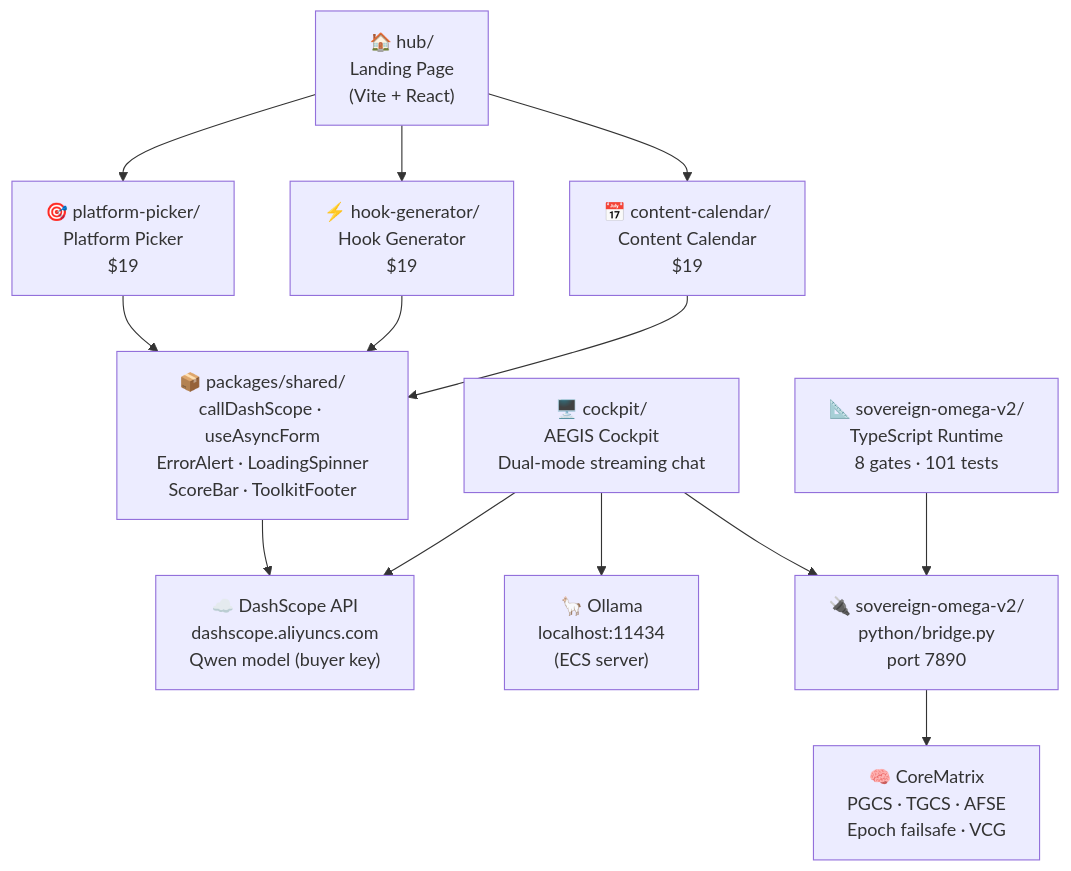
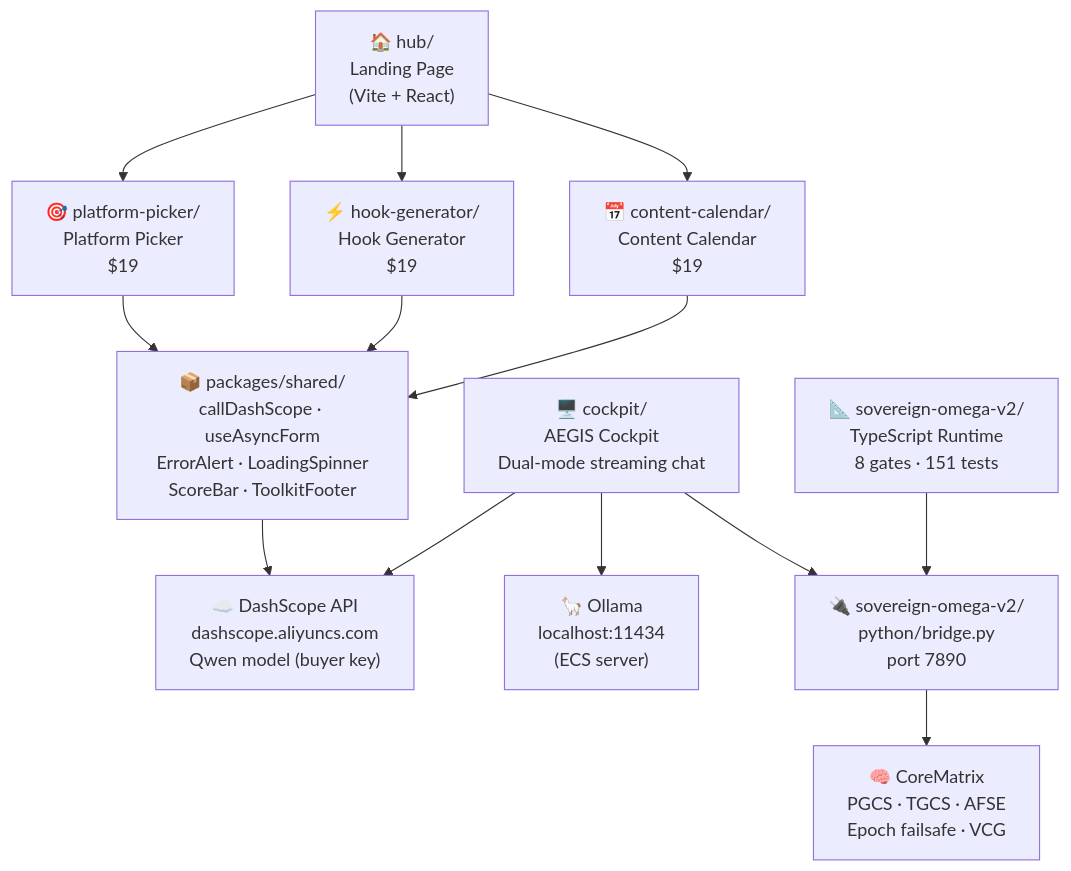
The diagram in docs/architecture.md (tarikskalic33/myapp), drawn with Mermaid before and after one commit. The commit also changed other lines of this file and 3 other files, not shown here.

First line of the commit message:
chore(polish): Round 5 — accessibility labels + architecture doc update

````diff
--- a/docs/architecture.md
+++ b/docs/architecture.md
@@ -5,24 +5,24 @@
 ```mermaid
 graph TD
     HUB["🏠 hub/<br/>Landing Page<br/>(Vite + React)"]
 
     HUB --> PP["🎯 platform-picker/<br/>Platform Picker<br/>$19"]
     HUB --> HG["⚡ hook-generator/<br/>Hook Generator<br/>$19"]
     HUB --> CC["📅 content-calendar/<br/>Content Calendar<br/>$19"]
 
     PP --> SHARED["📦 packages/shared/<br/>callDashScope · useAsyncForm<br/>ErrorAlert · LoadingSpinner<br/>ScoreBar · ToolkitFooter"]
     HG --> SHARED
     CC --> SHARED
 
     SHARED --> DASH["☁️ DashScope API<br/>dashscope.aliyuncs.com<br/>Qwen model (buyer key)"]
 
     COCKPIT["🖥️ cockpit/<br/>AEGIS Cockpit<br/>Dual-mode streaming chat"]
     COCKPIT --> DASH
     COCKPIT --> OLLAMA["🦙 Ollama<br/>localhost:11434<br/>(ECS server)"]
     COCKPIT --> BRIDGE["🔌 sovereign-omega-v2/<br/>python/bridge.py<br/>port 7890"]
 
     BRIDGE --> MATRIX["🧠 CoreMatrix<br/>PGCS · TGCS · AFSE<br/>Epoch failsafe · VCG"]
 
-    SOVTS["📐 sovereign-omega-v2/<br/>TypeScript Runtime<br/>8 gates · 101 tests"]
+    SOVTS["📐 sovereign-omega-v2/<br/>TypeScript Runtime<br/>8 gates · 151 tests"]
     SOVTS --> BRIDGE
 ```
````
